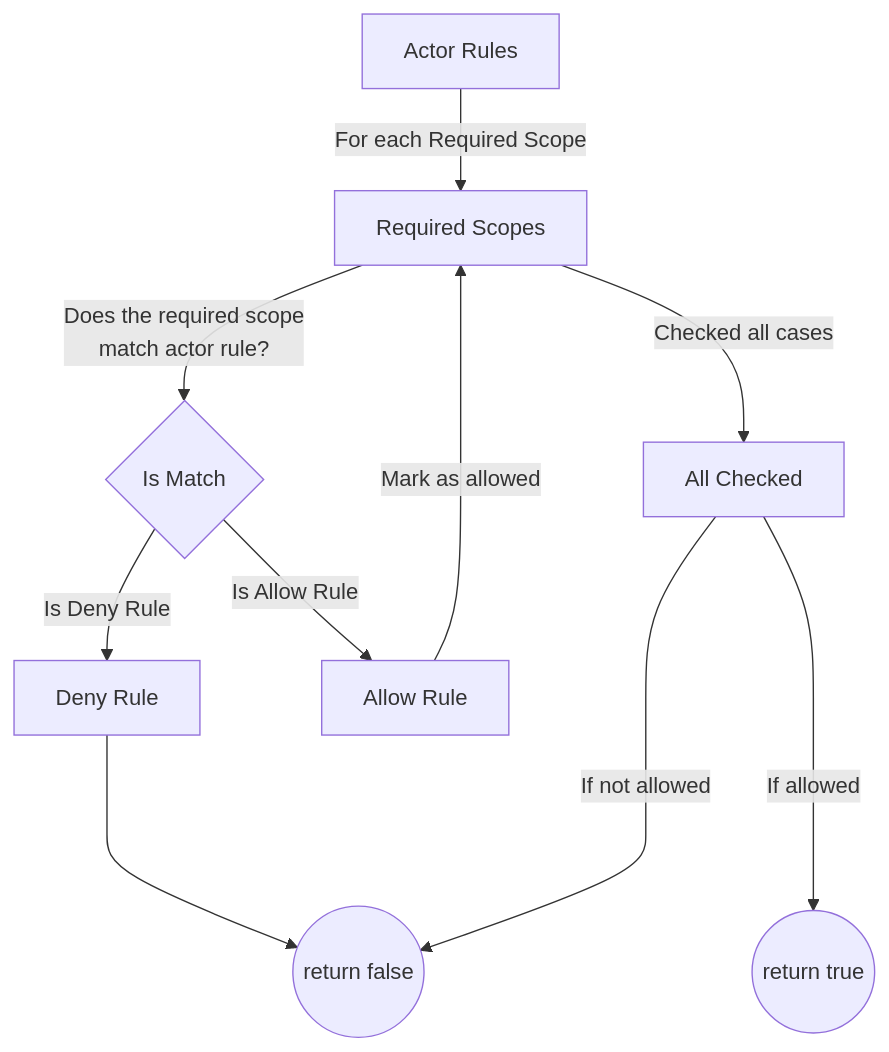
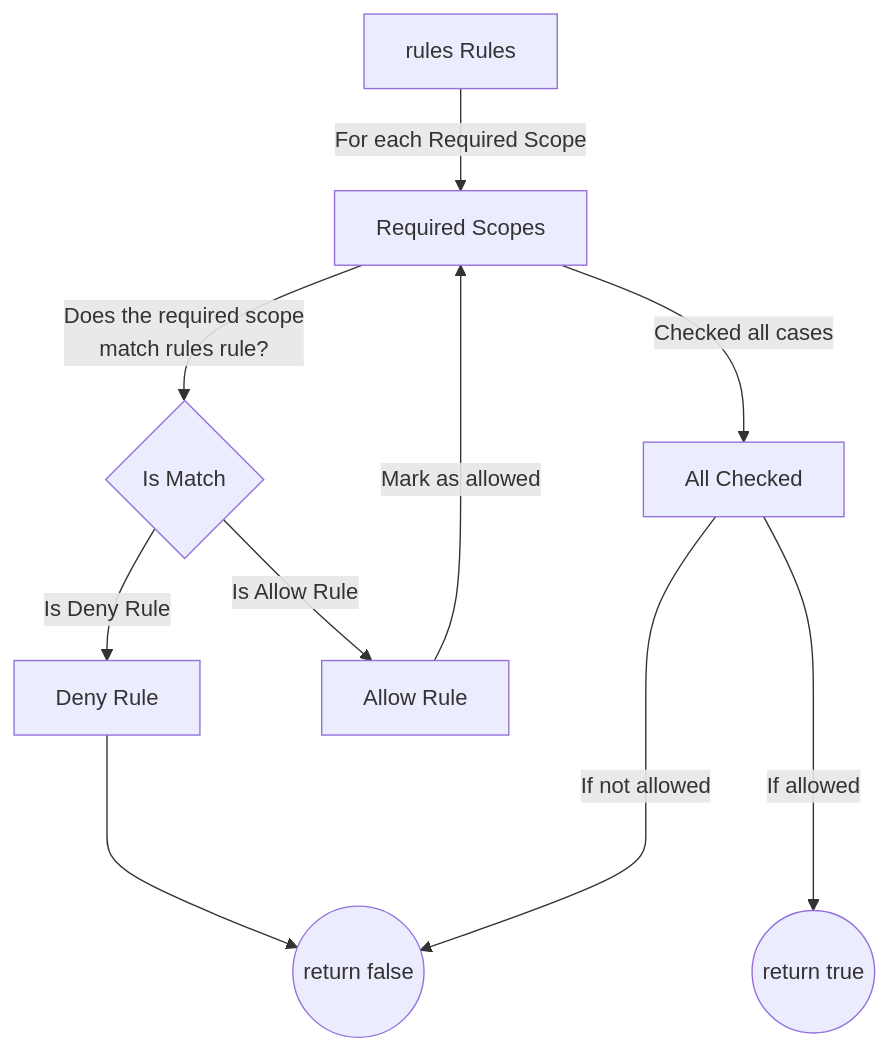
The diagram in docs/specification/logic.md (miniscruff/scopie), drawn with Mermaid before and after one commit. The commit also changed other lines of this file and 6 other files, not shown here.

````diff
--- a/docs/specification/logic.md
+++ b/docs/specification/logic.md
@@ -52,21 +52,21 @@
 ```mermaid
 flowchart TD
-    AR[Actor Rules]
+    AR[rules Rules]
     RS[Required Scopes]
     D[All Checked]
     M{Is Match}
     DR[Deny Rule]
     AlR[Allow Rule]
     T((return true))
     F((return false))
 
     AR-->|For each Required Scope|RS
-    RS-->|Does the required scope\nmatch actor rule?|M
+    RS-->|Does the required scope\nmatch rules rule?|M
     M-->|Is Deny Rule|DR
     M-->|Is Allow Rule|AlR
     DR-->F
     AlR-->|Mark as allowed|RS
     RS-->|Checked all cases|D
     D---->|If allowed|T
     D---->|If not allowed|F
 ```
````
